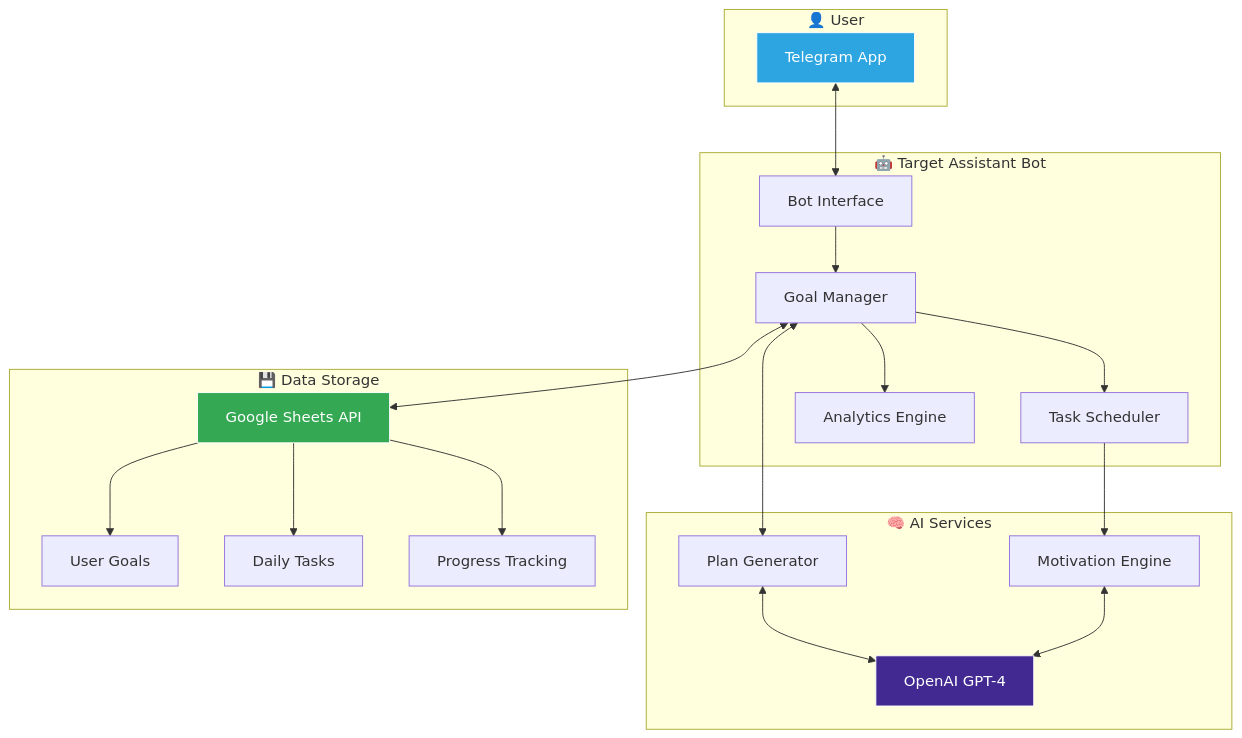
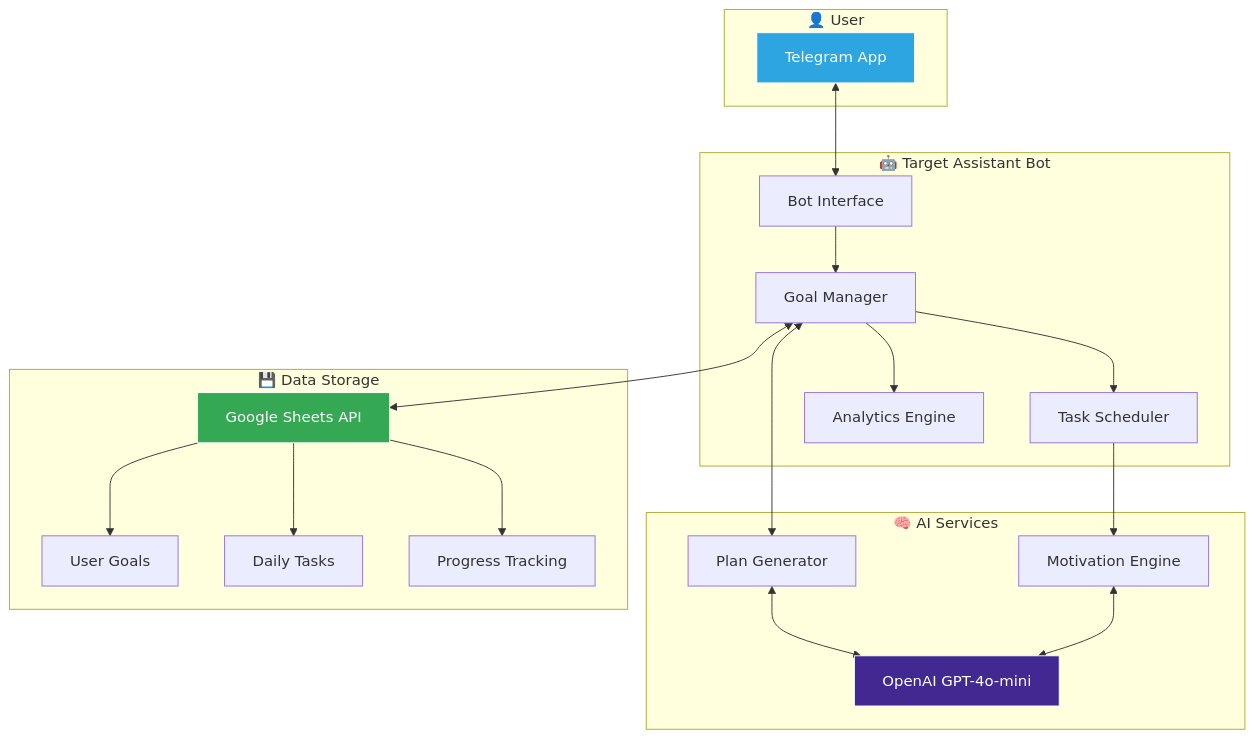
Before and after one commit to bivlked/target-assistant-bot: the first of 2 diagrams in README_EN.md, drawn with Mermaid. The commit also changed other lines of this file and 5 other files, not shown here.

````diff
--- a/README_EN.md
+++ b/README_EN.md
@@ -121,43 +119,43 @@
 ```mermaid
 graph TB
     subgraph "👤 User"
         A[Telegram App]
     end
     
     subgraph "🤖 Target Assistant Bot"
         B[Bot Interface]
         C[Goal Manager]
         D[Task Scheduler]
         E[Analytics Engine]
     end
     
     subgraph "🧠 AI Services"
-        F[OpenAI GPT-4]
+        F[OpenAI GPT-4o-mini]
         G[Plan Generator]
         H[Motivation Engine]
     end
     
     subgraph "💾 Data Storage"
         I[Google Sheets API]
         J[User Goals]
         K[Daily Tasks]
         L[Progress Tracking]
     end
     
     A <--> B
     B --> C
     C --> D
     C --> E
     C <--> G
     G <--> F
     H <--> F
     D --> H
     C <--> I
     I --> J
     I --> K
     I --> L
     
     style A fill:#2CA5E0,stroke:#fff,color:#fff
     style F fill:#412991,stroke:#fff,color:#fff
     style I fill:#34A853,stroke:#fff,color:#fff
 ```
````
